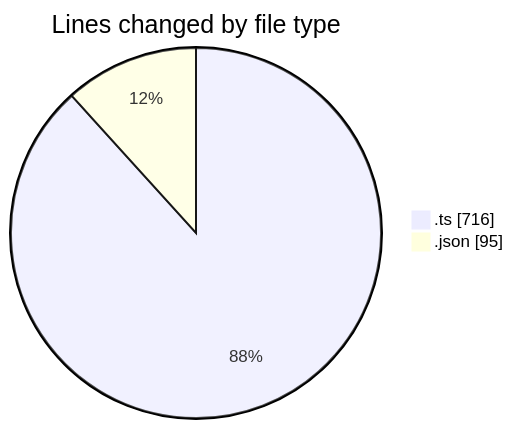
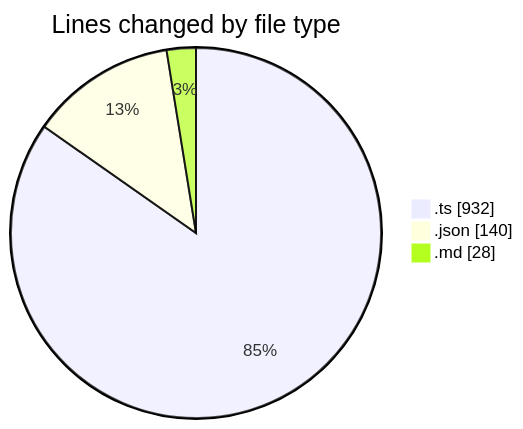
One commit to ernivani/code-tracking changed the first of 2 diagrams in 2025-01-03/my-code-activity-ext/README.md. Above: the diagram before and after it, drawn with Mermaid. The commit also changed other lines of this file and 6 other files, not shown here.

````diff
--- a/2025-01-03/my-code-activity-ext/README.md
+++ b/2025-01-03/my-code-activity-ext/README.md
@@ -25,6 +26,7 @@
 ```mermaid
 pie showData
 title Lines changed by file type
-".ts" : 716
-".json" : 95
+".ts" : 932
+".json" : 140
+".md" : 28
 ```
````
